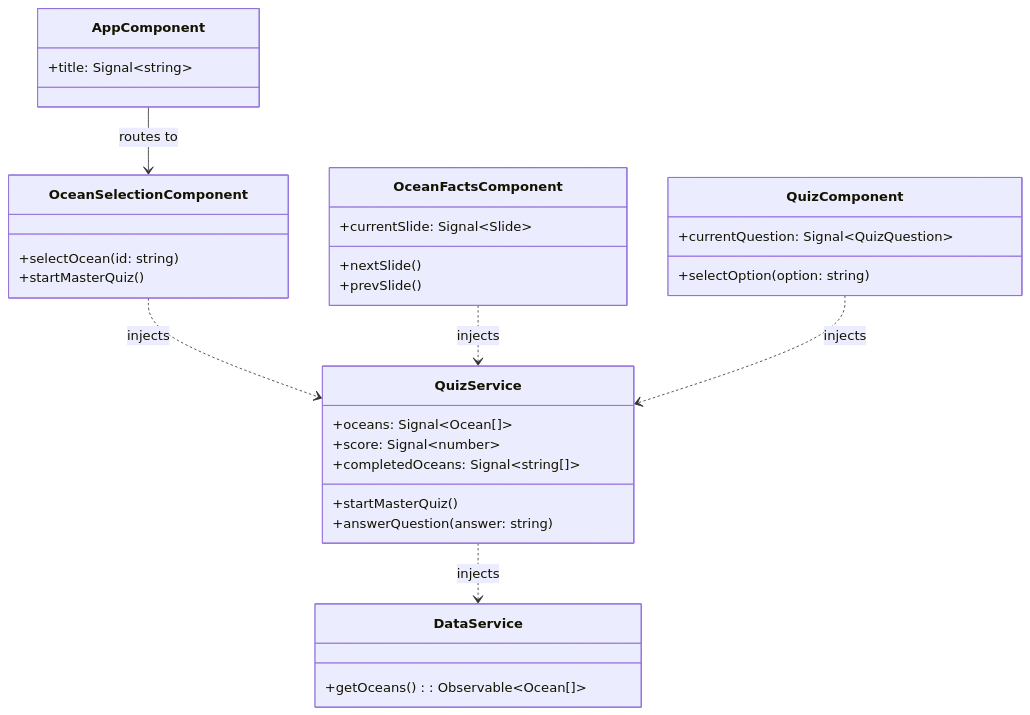
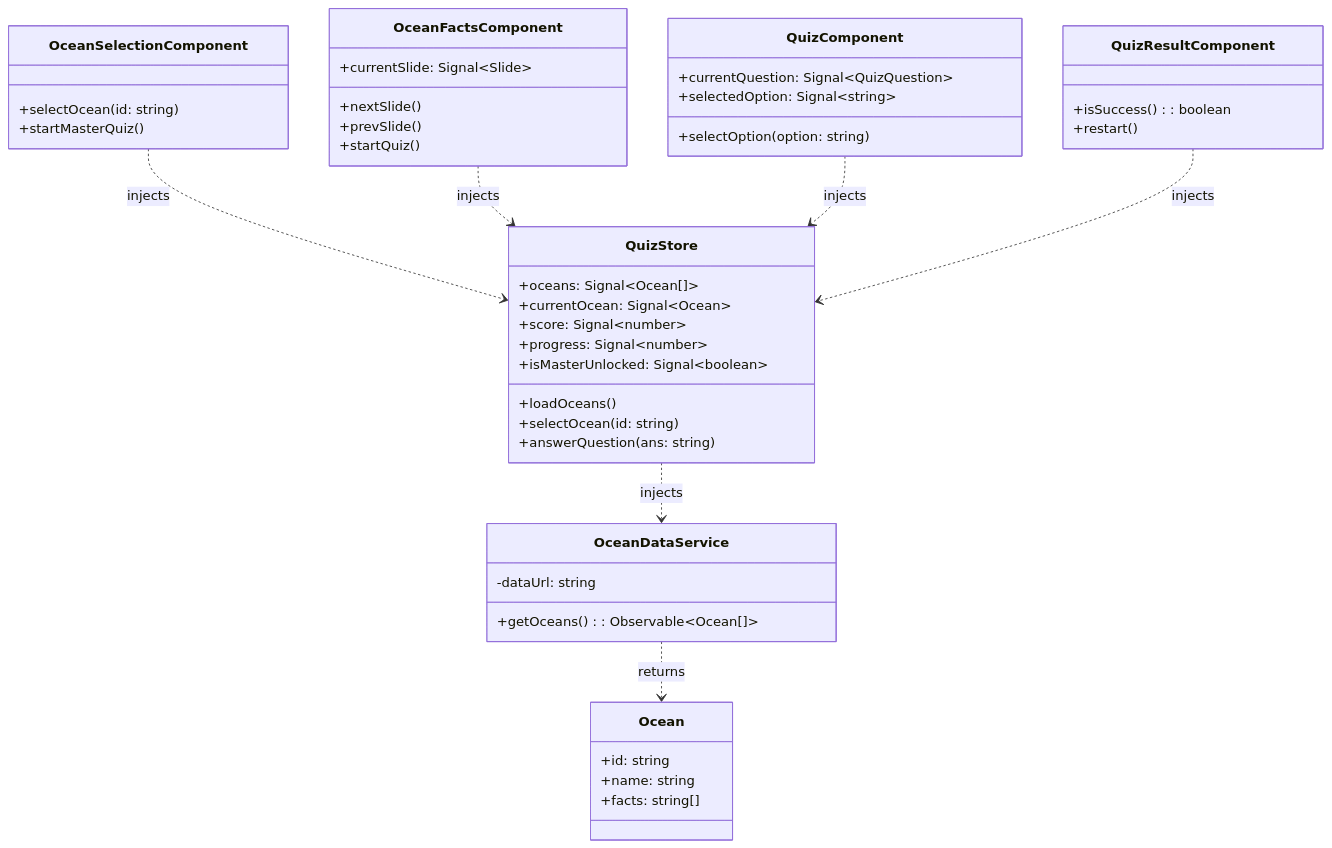
Before and after one commit to T-Boyke/EhlenAngularProjekt3: the fifth of 5 diagrams in docs/IHK_ABSCHLUSSPROJEKT.md, drawn with Mermaid.

````diff
--- a/docs/IHK_ABSCHLUSSPROJEKT.md
+++ b/docs/IHK_ABSCHLUSSPROJEKT.md
@@ -552,36 +552,76 @@
 ```mermaid
 classDiagram
-    class AppComponent {
-        +title: Signal~string~
-    }
+    %% --- Styling Definitionen ---
+    classDef component fill:#e3f2fd,stroke:#1565c0,stroke-width:2px,color:#000
+    classDef store fill:#fff9c4,stroke:#fbc02d,stroke-width:2px,color:#000
+    classDef service fill:#e8f5e9,stroke:#2e7d32,stroke-width:2px,color:#000
+    classDef model fill:#f5f5f5,stroke:#616161,stroke-width:1px,stroke-dasharray: 5 5,color:#000
+
+    %% --- Komponenten (View Layer) ---
     class OceanSelectionComponent {
         +selectOcean(id: string)
         +startMasterQuiz()
     }
     class OceanFactsComponent {
         +currentSlide: Signal~Slide~
         +nextSlide()
         +prevSlide()
+        +startQuiz()
     }
     class QuizComponent {
         +currentQuestion: Signal~QuizQuestion~
+        +selectedOption: Signal~string~
         +selectOption(option: string)
     }
-    class DataService {
+    class QuizResultComponent {
+        +isSuccess(): boolean
+        +restart()
+    }
+
+    %% --- State Management (ViewModel Layer) ---
+    class QuizStore {
+        +oceans: Signal~Ocean[]~
+        +currentOcean: Signal~Ocean~
+        +score: Signal~number~
+        +progress: Signal~number~
+        +isMasterUnlocked: Signal~boolean~
+        +loadOceans()
+        +selectOcean(id: string)
+        +answerQuestion(ans: string)
+    }
+
+    %% --- Data Access (Model Layer) ---
+    class OceanDataService {
+        -dataUrl: string
         +getOceans(): Observable~Ocean[]~
     }
-    class QuizService {
-        +oceans: Signal~Ocean[]~
-        +score: Signal~number~
-        +completedOceans: Signal~string[]~
-        +startMasterQuiz()
-        +answerQuestion(answer: string)
+
+    %% --- Models ---
+    class Ocean {
+        +id: string
+        +name: string
+        +facts: string[]
     }
 
-    AppComponent --> OceanSelectionComponent : routes to
-    OceanSelectionComponent ..> QuizService : injects
-    OceanFactsComponent ..> QuizService : injects
-    QuizComponent ..> QuizService : injects
+    %% --- Beziehungen ---
+    %% Components inject QuizStore
+    OceanSelectionComponent ..> QuizStore : injects
+    OceanFactsComponent ..> QuizStore : injects
+    QuizComponent ..> QuizStore : injects
+    QuizResultComponent ..> QuizStore : injects
 
-    QuizService ..> DataService : injects
+    %% Store injects DataService
+    QuizStore ..> OceanDataService : injects
+
+    %% DataService uses Model
+    OceanDataService ..> Ocean : returns
+
+    %% Zuweisung der Styles
+    class OceanSelectionComponent:::component
+    class OceanFactsComponent:::component
+    class QuizComponent:::component
+    class QuizResultComponent:::component
+    class QuizStore:::store
+    class OceanDataService:::service
+    class Ocean:::model
 ```
````
